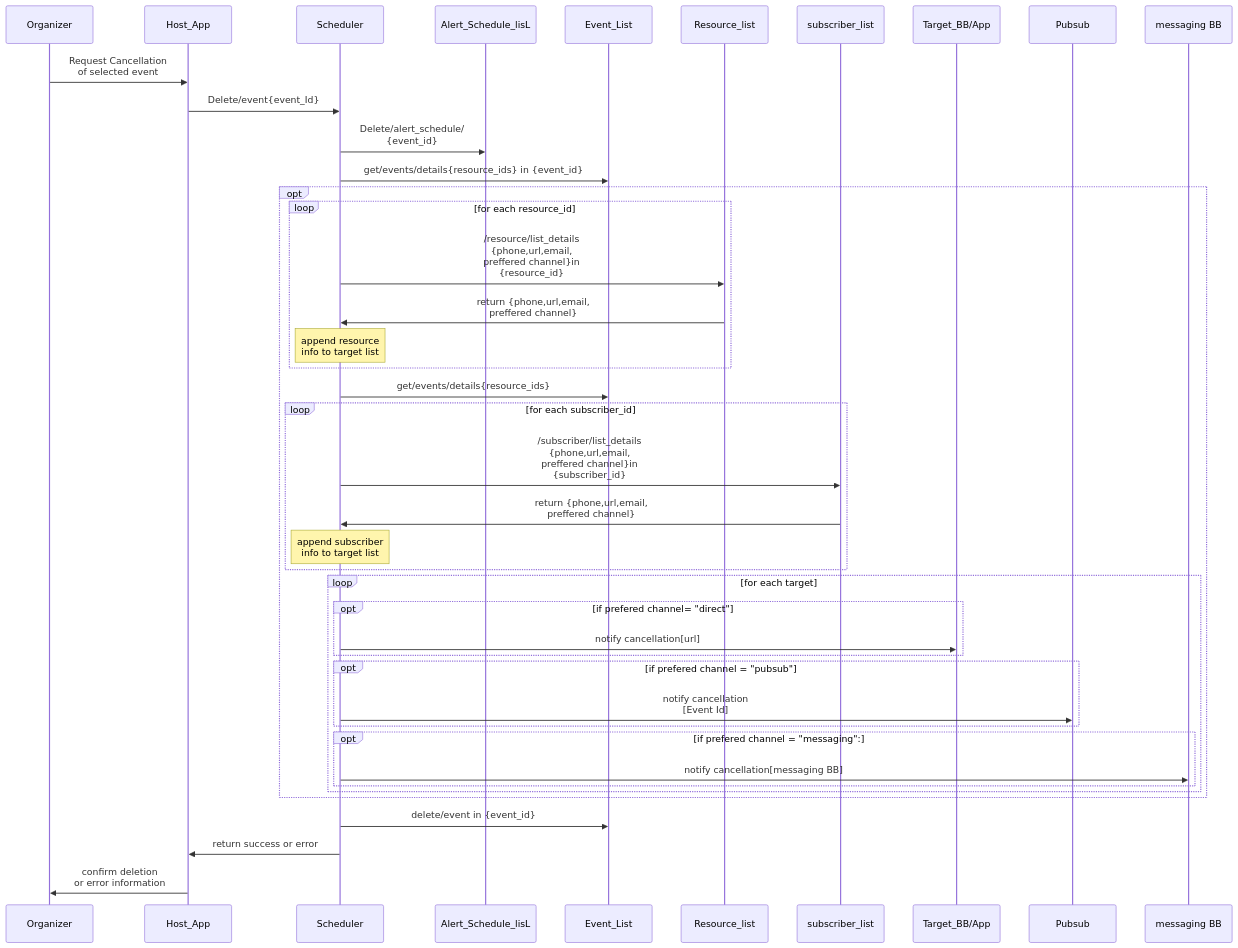
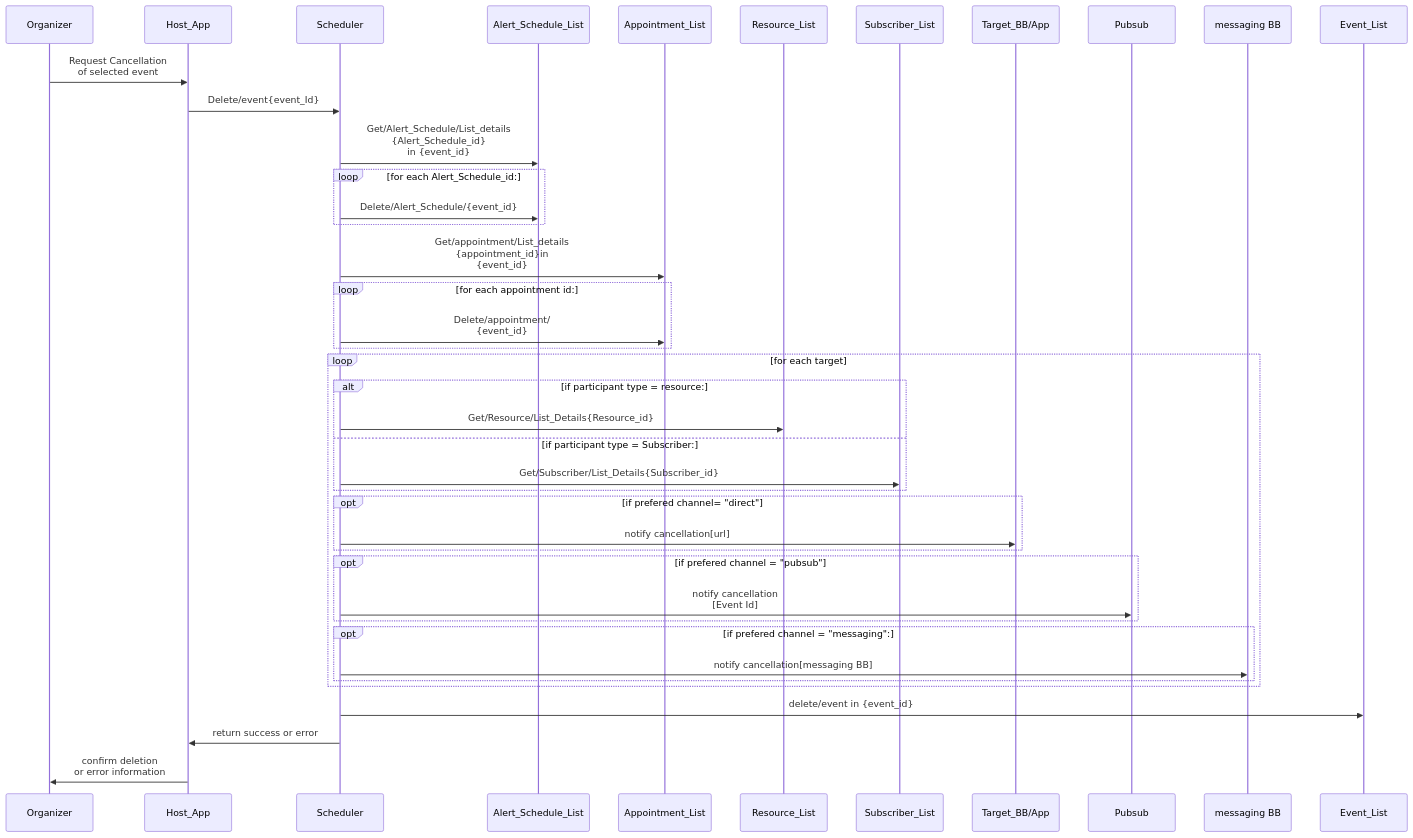
The ninth of 14 diagrams in spec/9-workflows.md (GovStackWorkingGroup/scheduler), drawn with Mermaid before and after one commit. The commit also changed other lines of this file and 11 other files, not shown here.

````diff
--- a/spec/9-workflows.md
+++ b/spec/9-workflows.md
@@ -282,35 +269,35 @@
 ```mermaid
 sequenceDiagram
 Organizer->>Host_App:Request Cancellation <br> of selected event
 Host_App->>Scheduler: Delete/event{event_Id}
-Scheduler->>Alert_Schedule_lisL: Delete/alert_schedule/<br>{event_id}
-Scheduler->>Event_List: get/events/details{resource_ids} in {event_id}
-opt
- loop for each resource_id
-   Scheduler->>Resource_list:/resource/list_details<br>{phone,url,email,<br>preffered channel}in<br>{resource_id}
-   Resource_list->>Scheduler:return {phone,url,email,<br>preffered channel}
-   note over Scheduler: append resource <br>info to target list
- end
- Scheduler->>Event_List: get/events/details{resource_ids}
- loop for each subscriber_id
-   Scheduler->>subscriber_list:/subscriber/list_details<br>{phone,url,email,<br>preffered channel}in<br>{subscriber_id}
-   subscriber_list->>Scheduler:return {phone,url,email,<br>preffered channel}
-   note over Scheduler: append subscriber <br>info to target list
- end
+Scheduler->>Alert_Schedule_List: Get/Alert_Schedule/List_details<br>{Alert_Schedule_id}<br>in {event_id}
+loop for each Alert_Schedule_id:
+  Scheduler->>Alert_Schedule_List: Delete/Alert_Schedule/{event_id}
+end
+Scheduler->>Appointment_List: Get/appointment/List_details<br>{appointment_id}in<br> {event_id}
+loop for each appointment id:
+  Scheduler->>Appointment_List: Delete/appointment/<br>{event_id}
+end
+
  loop for each target
+   alt if participant type = resource:
+       Scheduler->>Resource_List: Get/Resource/List_Details{Resource_id}
+   else if participant type = Subscriber:
+       Scheduler->>Subscriber_List: Get/Subscriber/List_Details{Subscriber_id}
+   end
    opt if  prefered channel= "direct"
        Scheduler->>Target_BB/App: notify cancellation[url] 
     end
     opt if prefered channel = "pubsub"
        Scheduler->>Pubsub: notify cancellation <br>[Event Id] 
     end
     opt if prefered channel = "messaging":
        Scheduler->>messaging BB: notify cancellation[messaging BB]
     end
  end
-end
+
 Scheduler->>Event_List: delete/event in {event_id}
 Scheduler->>Host_App: return success or error
 Host_App->>Organizer:confirm deletion <br>or error information
 
 ```
````
